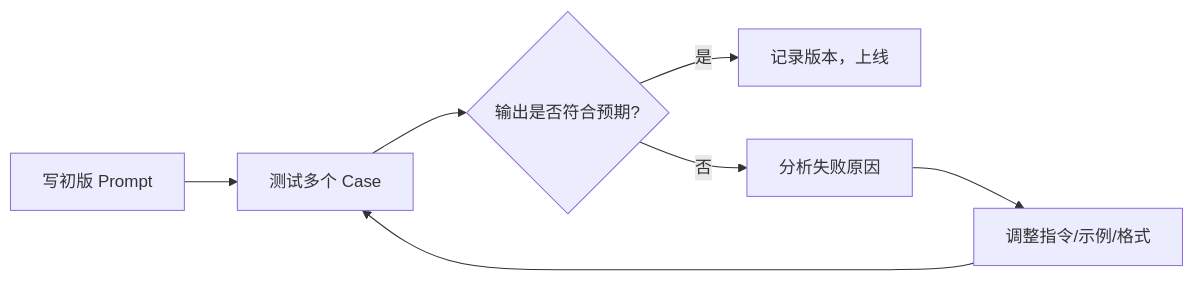
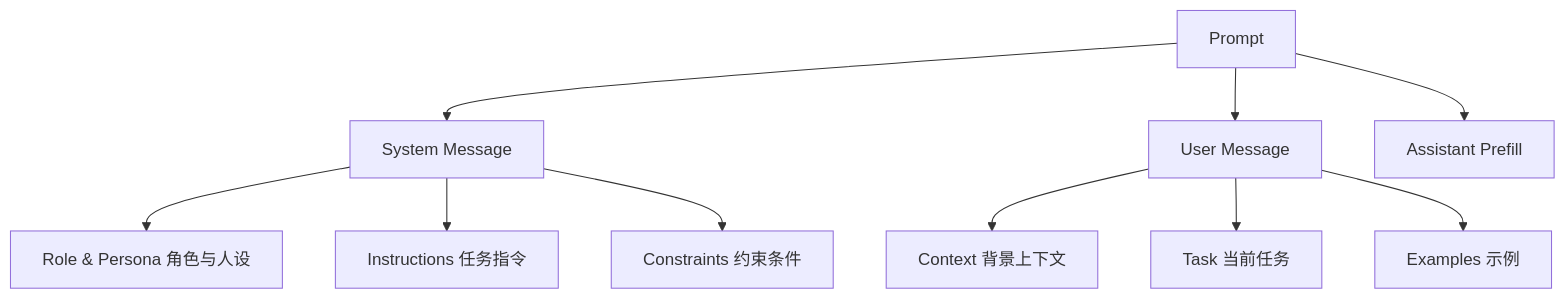
One commit to AmbitionC/front-end-journey-resource changed the diagram in knowledge/llm/prompt/prompt-basics.md. Above: the diagram before and after it, drawn with Mermaid. The commit also changed other lines of this file and 16 other files, not shown here.

````diff
--- a/knowledge/llm/prompt/prompt-basics.md
+++ b/knowledge/llm/prompt/prompt-basics.md
@@ -127,9 +19,12 @@
 ```mermaid
-graph LR
-    A[写初版 Prompt] --> B[测试多个 Case]
-    B --> C{输出是否符合预期?}
-    C -->|是| D[记录版本，上线]
-    C -->|否| E[分析失败原因]
-    E --> F[调整指令/示例/格式]
-    F --> B
+graph TD
+    A[Prompt] --> B[System Message]
+    A --> C[User Message]
+    A --> D[Assistant Prefill]
+    B --> B1[Role & Persona 角色与人设]
+    B --> B2[Instructions 任务指令]
+    B --> B3[Constraints 约束条件]
+    C --> C1[Context 背景上下文]
+    C --> C2[Task 当前任务]
+    C --> C3[Examples 示例]
 ```
````
